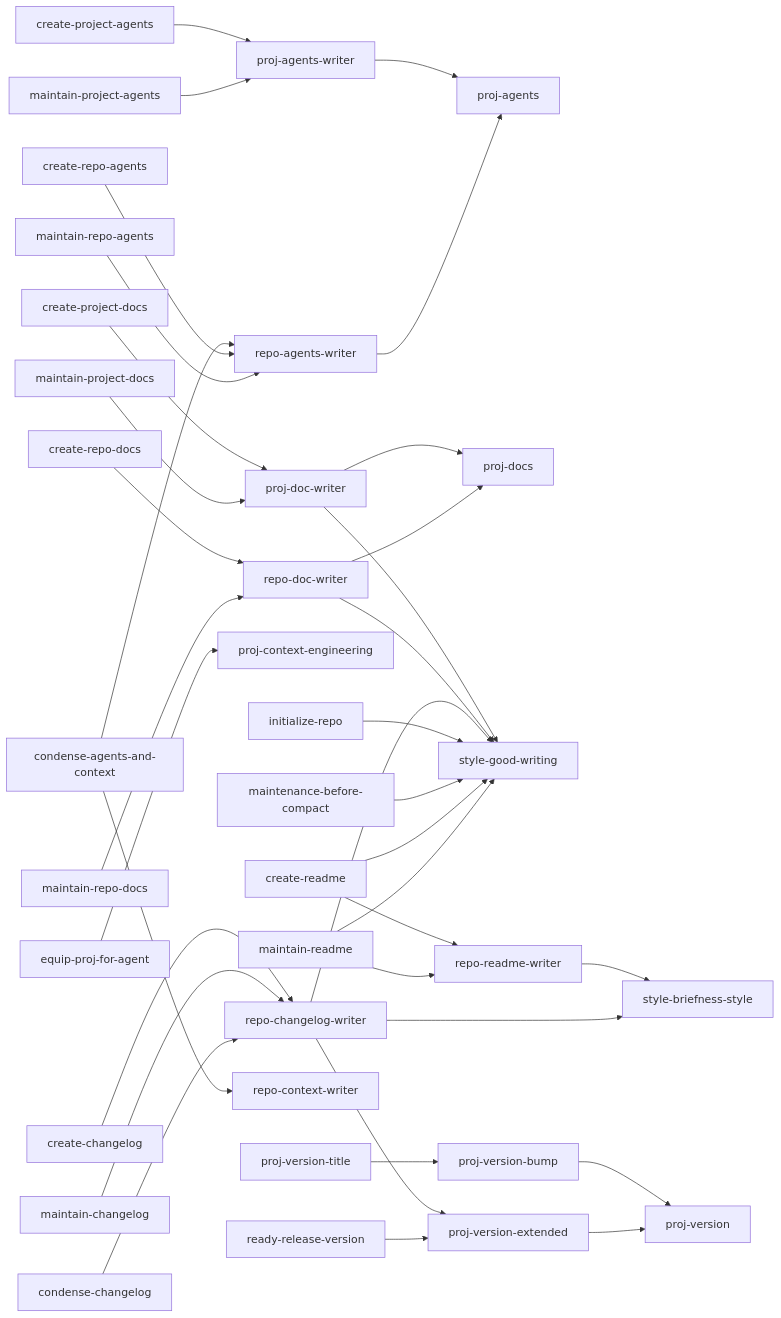
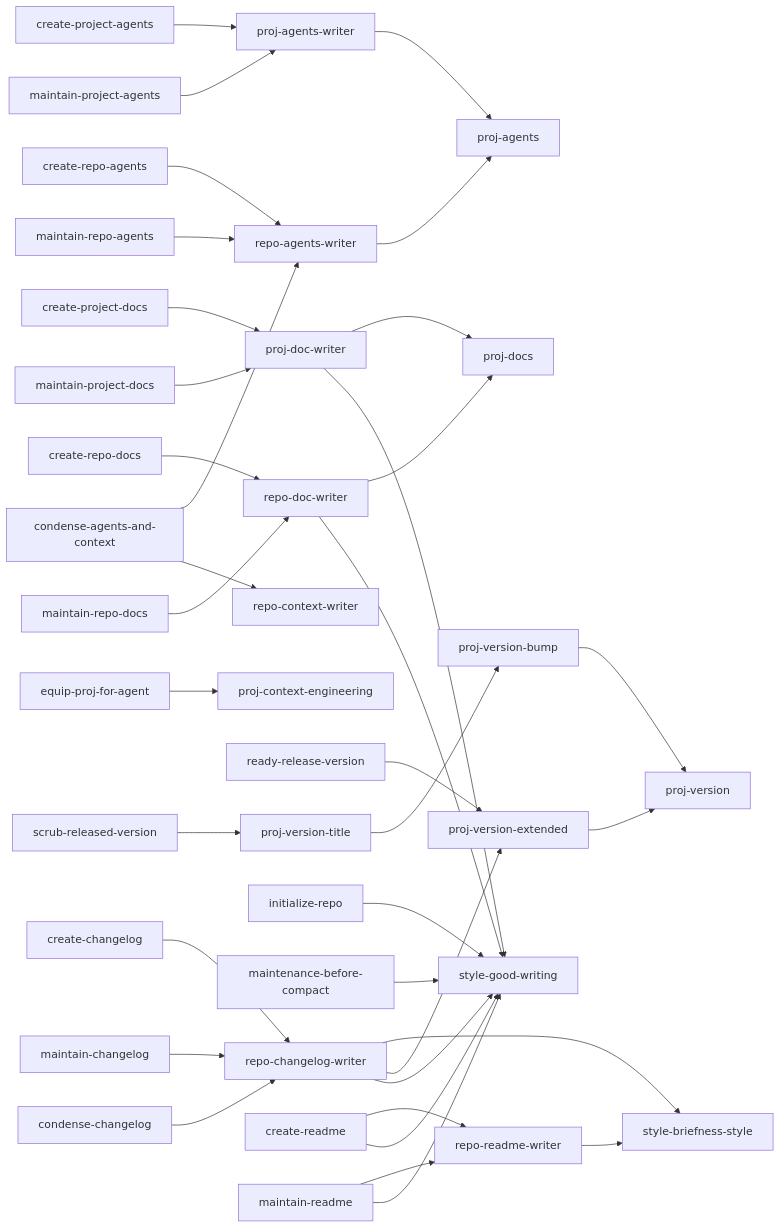
The second of 7 diagrams in docs/blueprint-doc.md (kami-lel/kaye-library), drawn with Mermaid before and after one commit. The commit also changed other lines of this file and 3 other files, not shown here.

First line of the commit message:
document scrub skills: changelog, graphs, catalog

````diff
--- a/docs/blueprint-doc.md
+++ b/docs/blueprint-doc.md
@@ -37,37 +37,38 @@
 ```mermaid
 flowchart LR
     proj_agents_writer["proj-agents-writer"] --> proj_agents["proj-agents"]
     repo_agents_writer["repo-agents-writer"] --> proj_agents
     proj_doc_writer["proj-doc-writer"] --> proj_docs["proj-docs"]
     repo_doc_writer["repo-doc-writer"] --> proj_docs
     proj_doc_writer --> style_good_writing["style-good-writing"]
     repo_doc_writer --> style_good_writing
     equip_proj_for_agent["equip-proj-for-agent"] --> proj_context_engineering["proj-context-engineering"]
     repo_readme_writer["repo-readme-writer"] --> style_briefness_style["style-briefness-style"]
     repo_changelog_writer["repo-changelog-writer"] --> style_briefness_style
     repo_changelog_writer --> proj_version_extended["proj-version-extended"]
     repo_changelog_writer --> style_good_writing
     ready_release_version["ready-release-version"] --> proj_version_extended
+    scrub_released_version["scrub-released-version"] --> proj_version_title["proj-version-title"]
     proj_version_title["proj-version-title"] --> proj_version_bump["proj-version-bump"]
     proj_version_bump --> proj_version["proj-version"]
     proj_version_extended --> proj_version
     initialize_repo["initialize-repo"] --> style_good_writing
     maintenance_before_compact["maintenance-before-compact"] --> style_good_writing
     condense_agents_and_context["condense-agents-and-context"] --> repo_agents_writer
     condense_agents_and_context --> repo_context_writer["repo-context-writer"]
     create_project_agents["create-project-agents"] --> proj_agents_writer
     maintain_project_agents["maintain-project-agents"] --> proj_agents_writer
     create_project_docs["create-project-docs"] --> proj_doc_writer
     maintain_project_docs["maintain-project-docs"] --> proj_doc_writer
     create_readme["create-readme"] --> repo_readme_writer
     maintain_readme["maintain-readme"] --> repo_readme_writer
     create_readme --> style_good_writing
     maintain_readme --> style_good_writing
     create_changelog["create-changelog"] --> repo_changelog_writer
     maintain_changelog["maintain-changelog"] --> repo_changelog_writer
     condense_changelog["condense-changelog"] --> repo_changelog_writer
     create_repo_agents["create-repo-agents"] --> repo_agents_writer
     maintain_repo_agents["maintain-repo-agents"] --> repo_agents_writer
     create_repo_docs["create-repo-docs"] --> repo_doc_writer
     maintain_repo_docs["maintain-repo-docs"] --> repo_doc_writer
 ```
````
